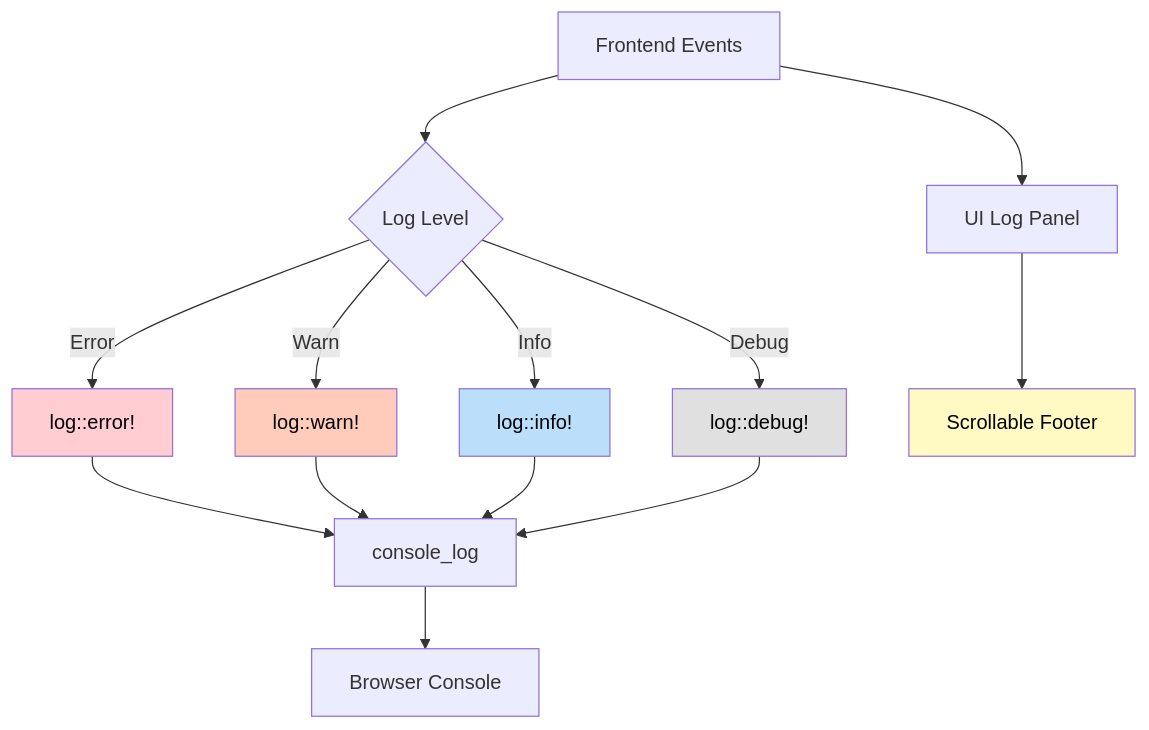
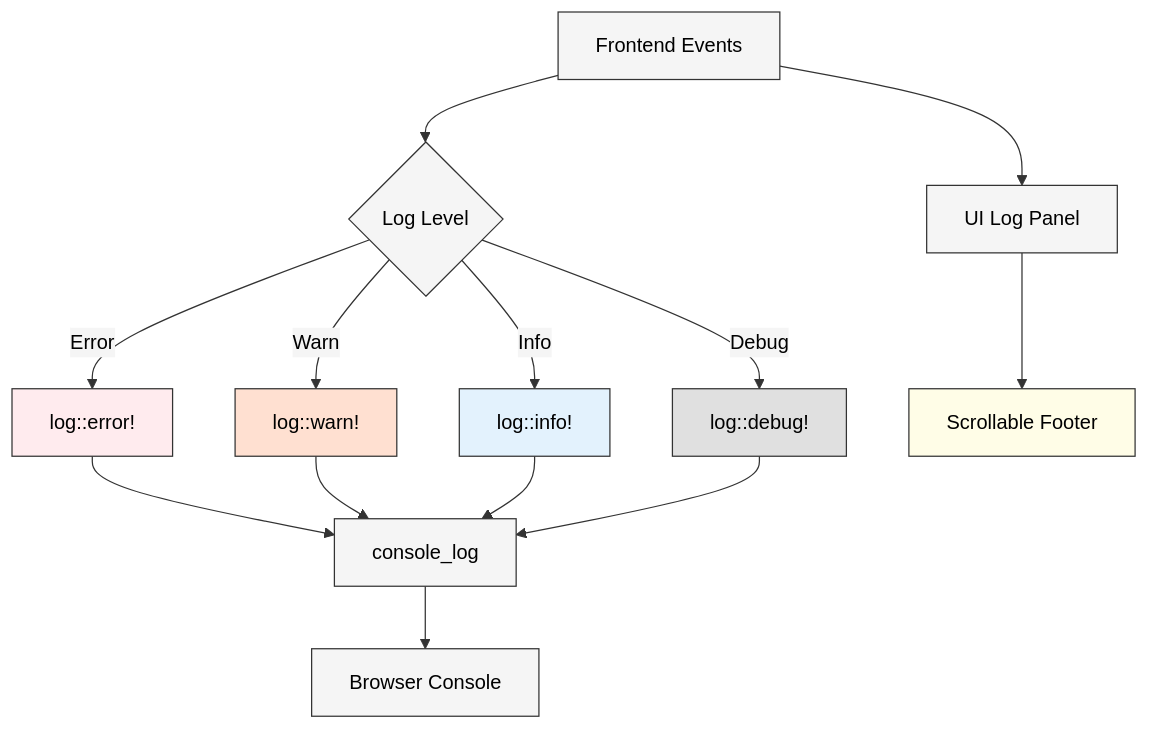
Before and after one commit to sw-game-dev/game-mcp-poc: the fifth of 5 diagrams in wiki/Frontend-Architecture.md, drawn with Mermaid. The commit also changed other lines of this file and 6 other files, not shown here.

First line of the commit message:
fix: Improve mermaid diagram contrast with theme and lighter colors

````diff
--- a/wiki/Frontend-Architecture.md
+++ b/wiki/Frontend-Architecture.md
@@ -535,24 +539,25 @@
 ```mermaid
+%%{init: {'theme':'base', 'themeVariables': {'primaryColor':'#f5f5f5','primaryTextColor':'#000','primaryBorderColor':'#333','lineColor':'#333','secondaryColor':'#f5f5f5','tertiaryColor':'#f5f5f5'}}}%%
 graph TB
     A[Frontend Events] --> B{Log Level}
     B -->|Error| C[log::error!]
     B -->|Warn| D[log::warn!]
     B -->|Info| E[log::info!]
     B -->|Debug| F[log::debug!]
 
     C --> G[console_log]
     D --> G
     E --> G
     F --> G
 
     G --> H[Browser Console]
 
     A --> I[UI Log Panel]
     I --> J[Scrollable Footer]
 
-    style C fill:#ffcdd2,color:#000
-    style D fill:#ffccbc,color:#000
-    style E fill:#bbdefb,color:#000
+    style C fill:#ffebee,color:#000
+    style D fill:#ffe0d1,color:#000
+    style E fill:#e3f2fd,color:#000
     style F fill:#e0e0e0,color:#000
-    style J fill:#fff9c4,color:#000
+    style J fill:#fffde7,color:#000
 ```
````
